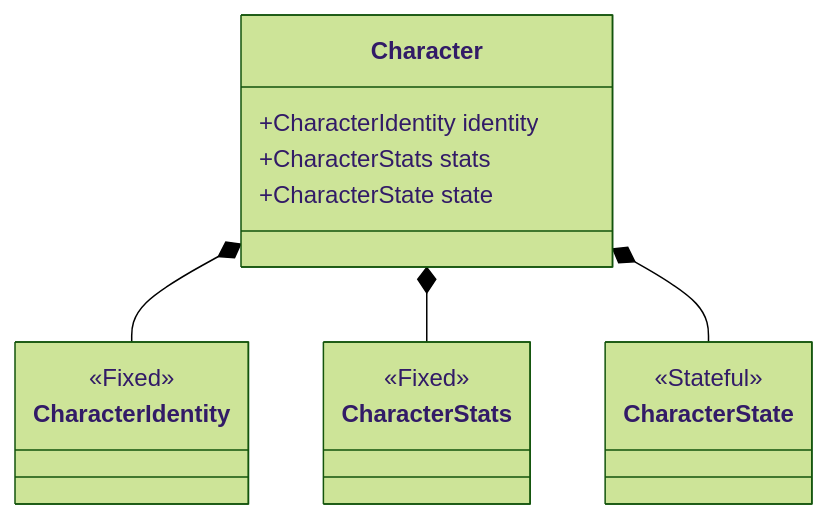
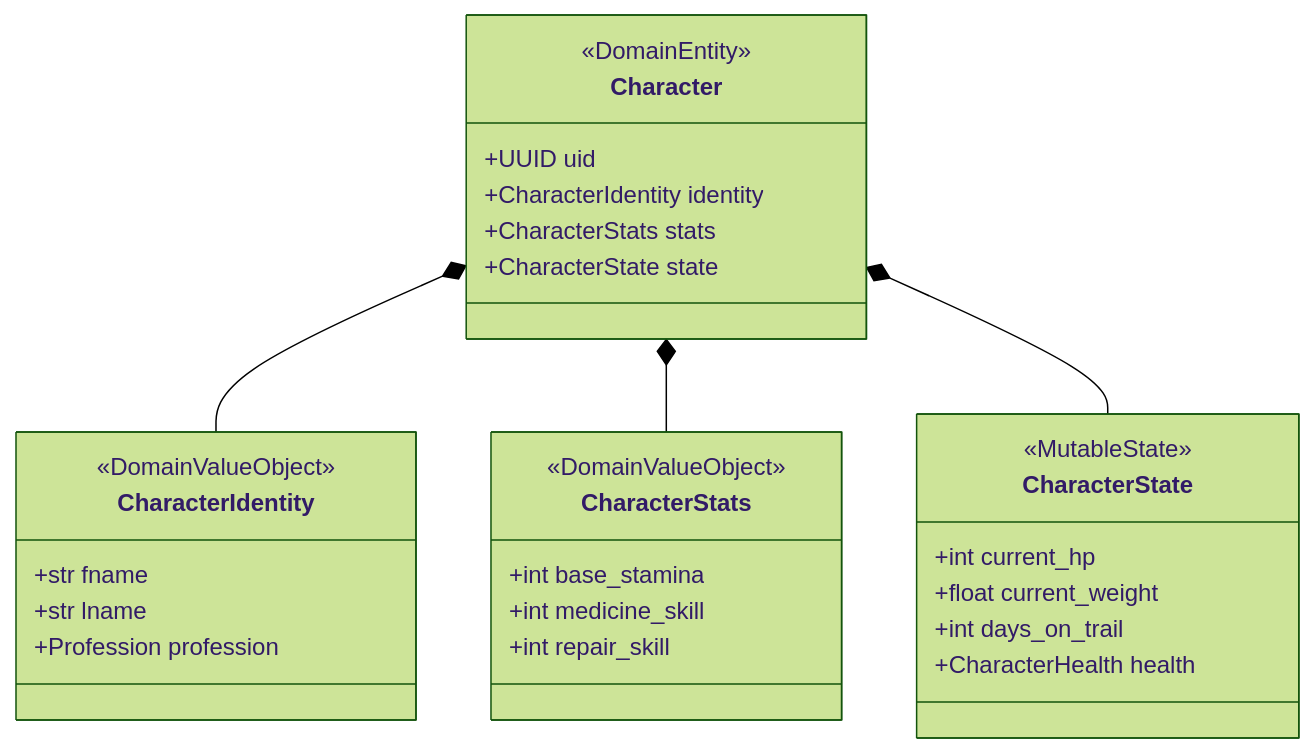
Before and after one commit to mnaatjes/oregon-trail-clone: the third of 9 diagrams in docs/design/characters.md, drawn with Mermaid (forest theme). The commit also changed other lines of this file and 12 other files, not shown here.

Commit message:
architectural contracts

````diff
--- a/docs/design/characters.md
+++ b/docs/design/characters.md
@@ -47,16 +85,36 @@
 ```mermaid
 classDiagram
     class Character {
+        <<DomainEntity>>
+        +UUID uid
         +CharacterIdentity identity
         +CharacterStats stats
         +CharacterState state
     }
 
-    class CharacterIdentity { <<Fixed>> }
-    class CharacterStats { <<Fixed>> }
-    class CharacterState { <<Stateful>> }
+    class CharacterIdentity {
+        <<DomainValueObject>>
+        +str fname
+        +str lname
+        +Profession profession
+    }
+
+    class CharacterStats {
+        <<DomainValueObject>>
+        +int base_stamina
+        +int medicine_skill
+        +int repair_skill
+    }
+
+    class CharacterState {
+        <<MutableState>>
+        +int current_hp
+        +float current_weight
+        +int days_on_trail
+        +CharacterHealth health
+    }
 
     Character *-- CharacterIdentity
     Character *-- CharacterStats
     Character *-- CharacterState
 ```
````
